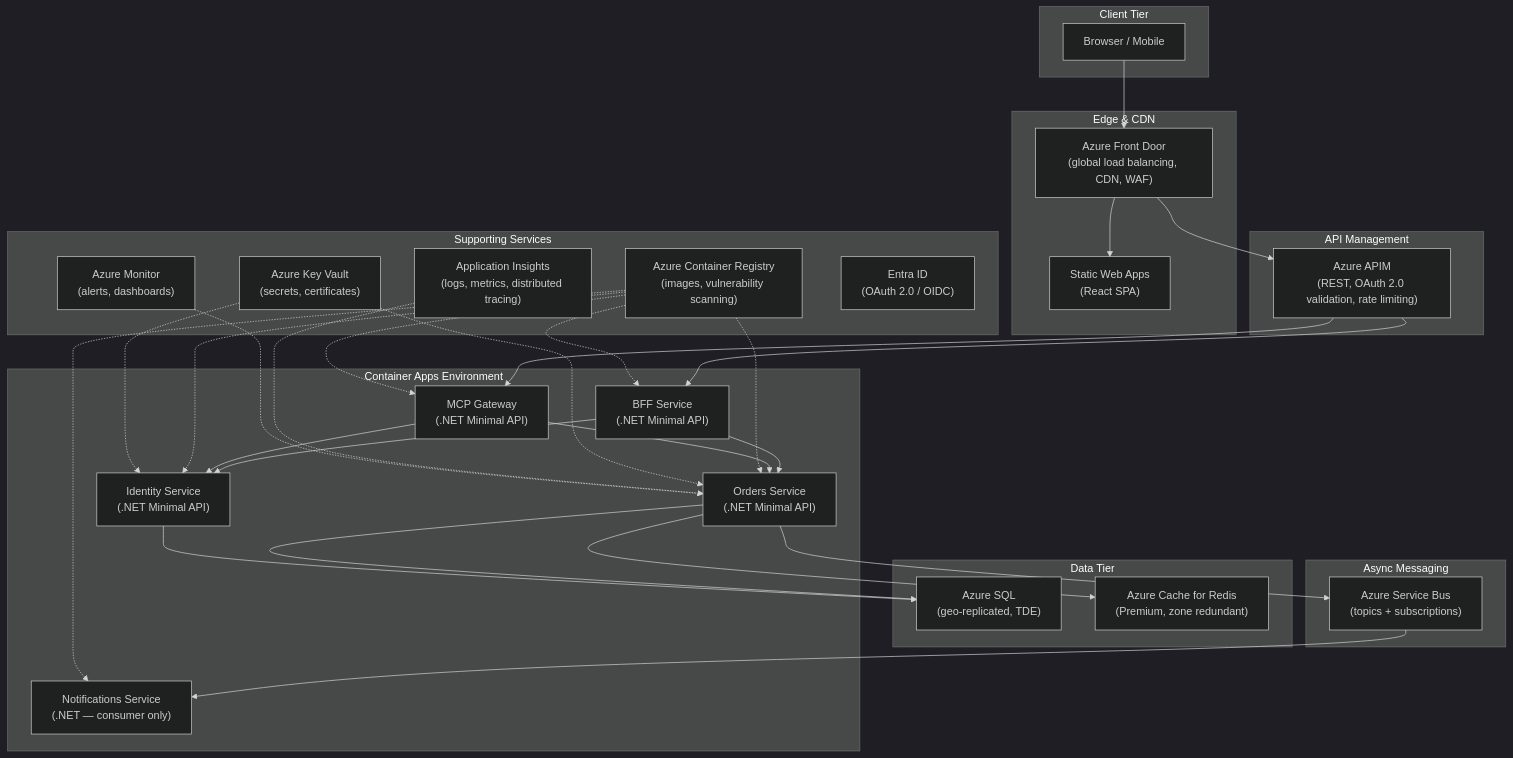
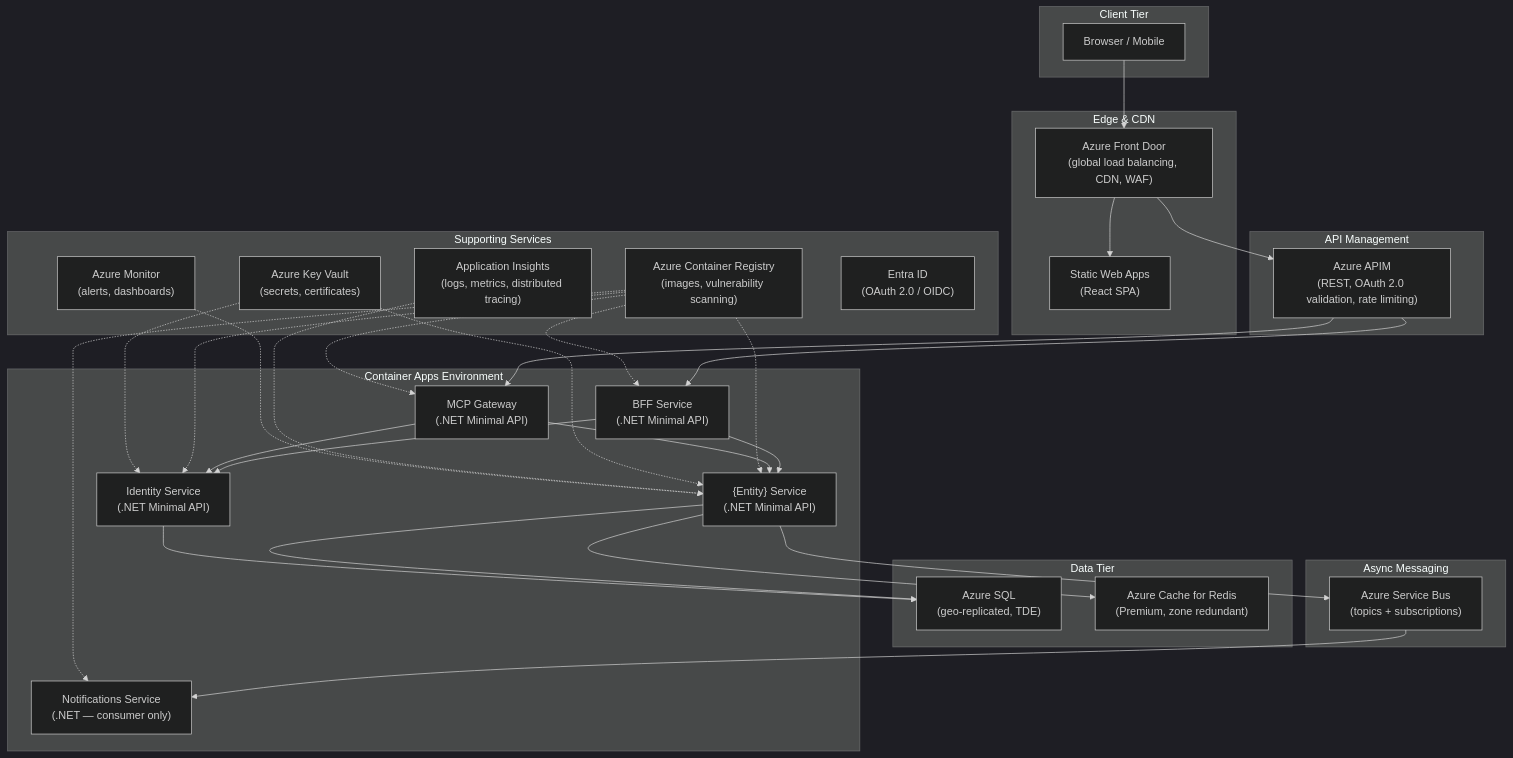
Before and after one commit to eolivas/eaa: the diagram in docs/cloud-topology/azure-topology.md, drawn with Mermaid (dark theme). The commit also changed other lines of this file and 11 other files, not shown here.

````diff
--- a/docs/cloud-topology/azure-topology.md
+++ b/docs/cloud-topology/azure-topology.md
@@ -11,65 +11,65 @@
 ```mermaid
 graph TD
     subgraph Client["Client Tier"]
         Browser["Browser / Mobile"]
     end
 
     subgraph Edge["Edge & CDN"]
         AFD["Azure Front Door\n(global load balancing, CDN, WAF)"]
         SWA["Static Web Apps\n(React SPA)"]
     end
 
     subgraph Gateway["API Management"]
         APIM["Azure APIM\n(REST, OAuth 2.0 validation, rate limiting)"]
     end
 
     subgraph Compute["Container Apps Environment"]
         BFF["BFF Service\n(.NET Minimal API)"]
         Identity["Identity Service\n(.NET Minimal API)"]
-        Orders["Orders Service\n(.NET Minimal API)"]
+        CoreService["{Entity} Service\n(.NET Minimal API)"]
         MCP["MCP Gateway\n(.NET Minimal API)"]
         Notifications["Notifications Service\n(.NET — consumer only)"]
     end
 
     subgraph Data["Data Tier"]
         AzSQL["Azure SQL\n(geo-replicated, TDE)"]
         Redis["Azure Cache for Redis\n(Premium, zone redundant)"]
     end
 
     subgraph Messaging["Async Messaging"]
         SB["Azure Service Bus\n(topics + subscriptions)"]
     end
 
     subgraph Supporting["Supporting Services"]
         ACR["Azure Container Registry\n(images, vulnerability scanning)"]
         KV["Azure Key Vault\n(secrets, certificates)"]
         AI["Application Insights\n(logs, metrics, distributed tracing)"]
         Monitor["Azure Monitor\n(alerts, dashboards)"]
         EntraID["Entra ID\n(OAuth 2.0 / OIDC)"]
     end
 
     Browser --> AFD
     AFD --> SWA
     AFD --> APIM
     APIM --> BFF
     APIM --> MCP
     BFF --> Identity
-    BFF --> Orders
-    Orders --> AzSQL
+    BFF --> CoreService
+    CoreService --> AzSQL
     Identity --> AzSQL
-    Orders --> Redis
-    Orders --> SB
+    CoreService --> Redis
+    CoreService --> SB
     SB --> Notifications
-    MCP --> Orders
+    MCP --> CoreService
     MCP --> Identity
 
     ACR -.-> BFF
     ACR -.-> Identity
-    ACR -.-> Orders
+    ACR -.-> CoreService
     ACR -.-> Notifications
     ACR -.-> MCP
-    KV -.-> Orders
+    KV -.-> CoreService
     KV -.-> Identity
-    AI -.-> Orders
-    Monitor -.-> Orders
+    AI -.-> CoreService
+    Monitor -.-> CoreService
 ```
````
